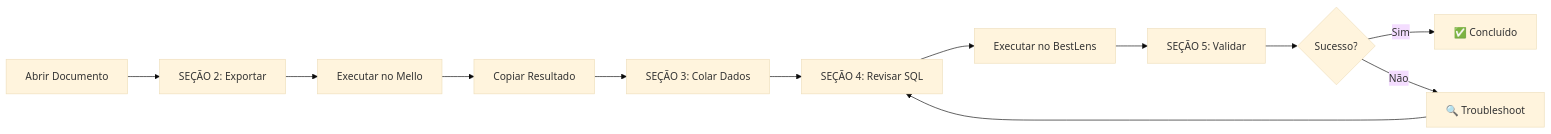
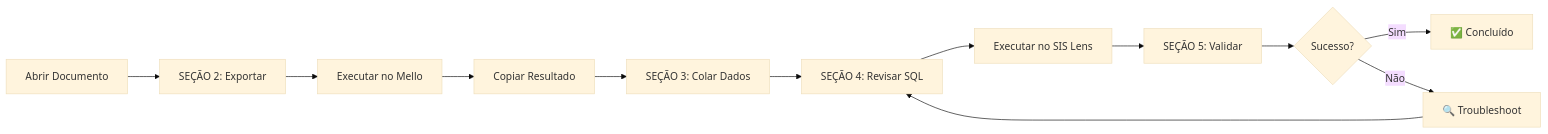
The diagram in docs/migracao/README_MIGRACAO.md (mellooticas/sis_lens), drawn with Mermaid (base theme) before and after one commit. The commit also changed other lines of this file and 83 other files, not shown here.

First line of the commit message:
feat: adiciona migração para expor API e dados no schema public

````diff
--- a/docs/migracao/README_MIGRACAO.md
+++ b/docs/migracao/README_MIGRACAO.md
@@ -67,14 +67,14 @@
 ```mermaid
 graph LR
     A[Abrir Documento] --> B[SEÇÃO 2: Exportar]
     B --> C[Executar no Mello]
     C --> D[Copiar Resultado]
     D --> E[SEÇÃO 3: Colar Dados]
     E --> F[SEÇÃO 4: Revisar SQL]
-    F --> G[Executar no BestLens]
+    F --> G[Executar no SIS Lens]
     G --> H[SEÇÃO 5: Validar]
     H --> I{Sucesso?}
     I -->|Sim| J[✅ Concluído]
     I -->|Não| K[🔍 Troubleshoot]
     K --> F
 ```
````
